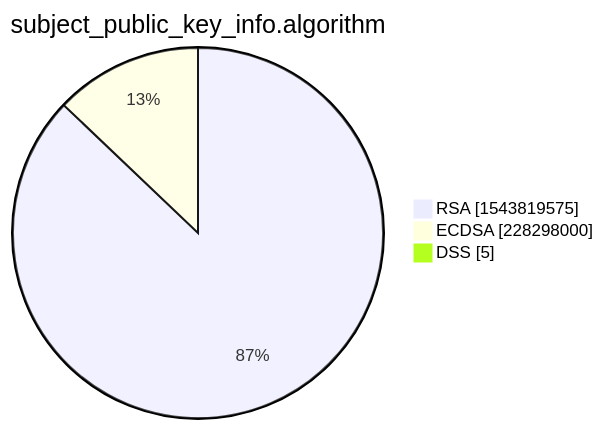
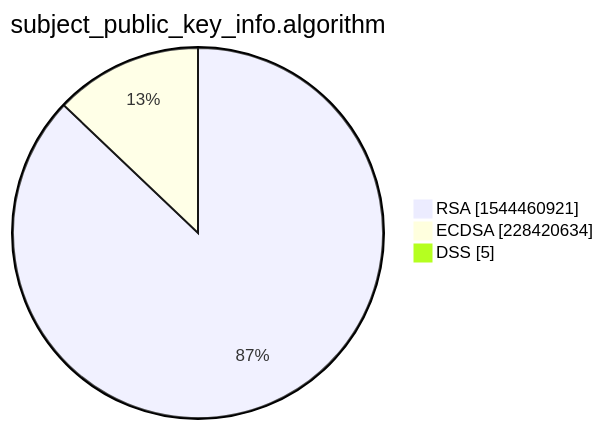
The third of 15 diagrams in xenon2022/README.md (christiankrug/ctmonitor_visualization), drawn with Mermaid before and after one commit. The commit also changed other lines of this file, not shown here.

````diff
--- a/xenon2022/README.md
+++ b/xenon2022/README.md
@@ -14,7 +14,7 @@
 ```mermaid
 pie showData
 title subject_public_key_info.algorithm
-"RSA" :1543819575
-"ECDSA" :228298000
+"RSA" :1544460921
+"ECDSA" :228420634
 "DSS" :5
 ```
````
